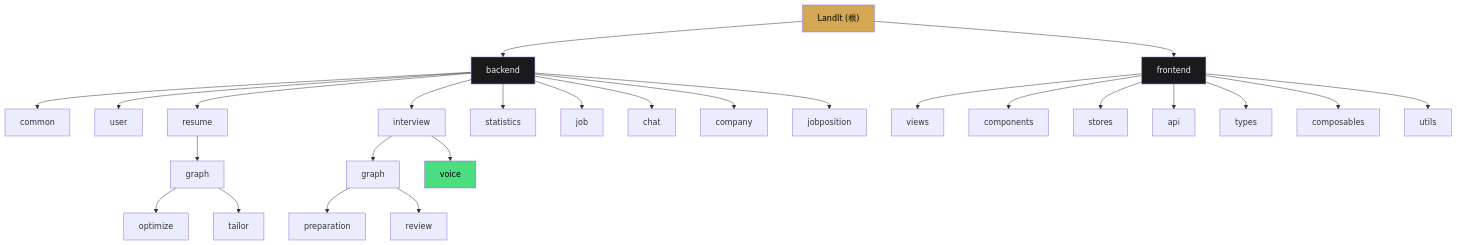
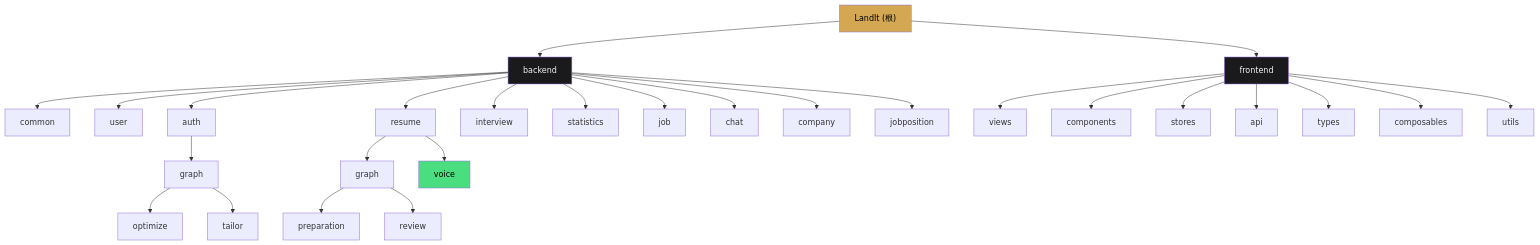
One commit to AzirZsk/CareerForge changed the diagram in CLAUDE.md. Above: the diagram before and after it, drawn with Mermaid. The commit also changed other lines of this file and 3 other files, not shown here.

````diff
--- a/CLAUDE.md
+++ b/CLAUDE.md
@@ -71,40 +72,41 @@
 ```mermaid
 graph TD
     A["LandIt (根)"] --> B["backend"]
     A --> C["frontend"]
 
     B --> B1["common"]
     B --> B2["user"]
-    B --> B3["resume"]
-    B --> B4["interview"]
-    B --> B5["statistics"]
-    B --> B6["job"]
-    B --> B7["chat"]
-    B --> B8["company"]
-    B --> B9["jobposition"]
+    B --> B3["auth"]
+    B --> B4["resume"]
+    B --> B5["interview"]
+    B --> B6["statistics"]
+    B --> B7["job"]
+    B --> B8["chat"]
+    B --> B9["company"]
+    B --> B10["jobposition"]
 
     B3 --> B3a["graph"]
     B3a --> B3a1["optimize"]
     B3a --> B3a2["tailor"]
 
     B4 --> B4a["graph"]
     B4a --> B4a1["preparation"]
     B4a --> B4a2["review"]
     B4 --> B4b["voice"]
 
     C --> C1["views"]
     C --> C2["components"]
     C --> C3["stores"]
     C --> C4["api"]
     C --> C5["types"]
     C --> C6["composables"]
     C --> C7["utils"]
 
     click B "./backend/CLAUDE.md" "查看 backend 模块文档"
     click C "./frontend/CLAUDE.md" "查看 frontend 模块文档"
 
     style A fill:#d4a853,color:#000
     style B fill:#1a1a1d,color:#f4f4f5
     style C fill:#1a1a1d,color:#f4f4f5
     style B4b fill:#4ade80,color:#000
 ```
````
